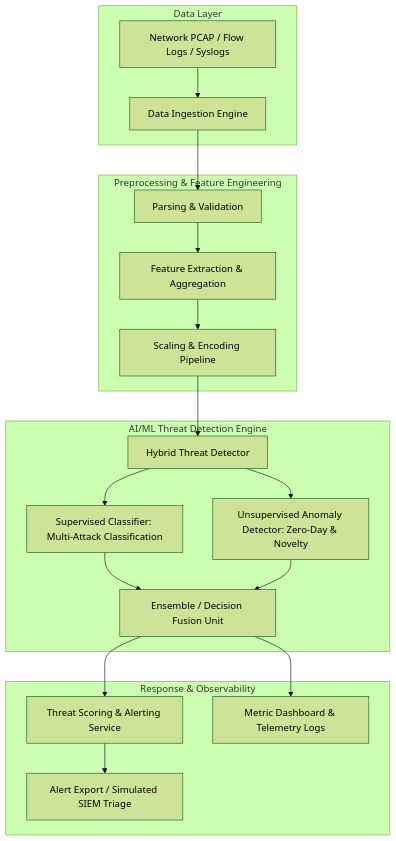
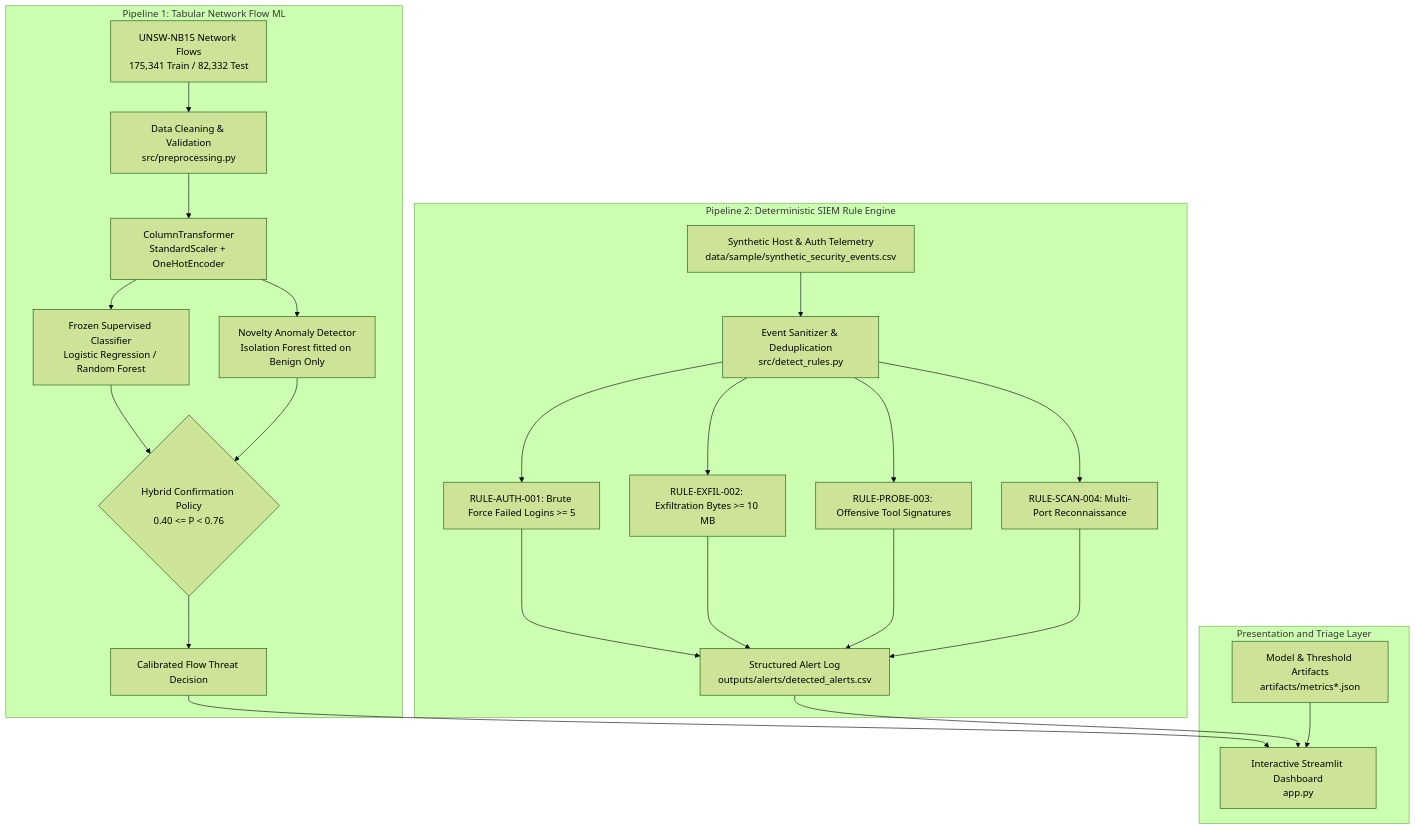
One commit to AkashDas-AI/AI-Powered-Cybersecurity-Threat-Detection changed the diagram in docs/architecture.md. Above: the diagram before and after it, drawn with Mermaid (forest theme). The commit also changed other lines of this file and 9 other files, not shown here.

Commit message:
docs: publish architecture, pipeline, model, and module specifications

````diff
--- a/docs/architecture.md
+++ b/docs/architecture.md
@@ -7,26 +10,30 @@
 ```mermaid
 flowchart TD
-    subgraph Data Layer
-        A[Network PCAP / Flow Logs / Syslogs] --> B[Data Ingestion Engine]
+    subgraph Pipeline 1: Tabular Network Flow ML
+        A[UNSW-NB15 Network Flows<br/>175,341 Train / 82,332 Test] --> B[Data Cleaning & Validation<br/>src/preprocessing.py]
+        B --> C[ColumnTransformer<br/>StandardScaler + OneHotEncoder]
+        C --> D[Frozen Supervised Classifier<br/>Logistic Regression / Random Forest]
+        C --> E[Novelty Anomaly Detector<br/>Isolation Forest fitted on Benign Only]
+        D --> F{Hybrid Confirmation Policy<br/>0.40 <= P < 0.76}
+        E --> F
+        F --> G[Calibrated Flow Threat Decision]
     end
 
-    subgraph Preprocessing & Feature Engineering
-        B --> C[Parsing & Validation]
-        C --> D[Feature Extraction & Aggregation]
-        D --> E[Scaling & Encoding Pipeline]
+    subgraph Pipeline 2: Deterministic SIEM Rule Engine
+        H[Synthetic Host & Auth Telemetry<br/>data/sample/synthetic_security_events.csv] --> I[Event Sanitizer & Deduplication<br/>src/detect_rules.py]
+        I --> J1[RULE-AUTH-001: Brute Force Failed Logins >= 5]
+        I --> J2[RULE-EXFIL-002: Exfiltration Bytes >= 10 MB]
+        I --> J3[RULE-PROBE-003: Offensive Tool Signatures]
+        I --> J4[RULE-SCAN-004: Multi-Port Reconnaissance]
+        J1 --> K[Structured Alert Log<br/>outputs/alerts/detected_alerts.csv]
+        J2 --> K
+        J3 --> K
+        J4 --> K
     end
 
-    subgraph AI/ML Threat Detection Engine
-        E --> F[Hybrid Threat Detector]
-        F --> G1[Supervised Classifier: Multi-Attack Classification]
-        F --> G2[Unsupervised Anomaly Detector: Zero-Day & Novelty]
-        G1 --> H[Ensemble / Decision Fusion Unit]
-        G2 --> H
-    end
-
-    subgraph Response & Observability
-        H --> I[Threat Scoring & Alerting Service]
-        H --> J[Metric Dashboard & Telemetry Logs]
-        I --> K[Alert Export / Simulated SIEM Triage]
+    subgraph Presentation and Triage Layer
+        G --> L[Interactive Streamlit Dashboard<br/>app.py]
+        K --> L
+        M[Model & Threshold Artifacts<br/>artifacts/metrics*.json] --> L
     end
 ```
````
